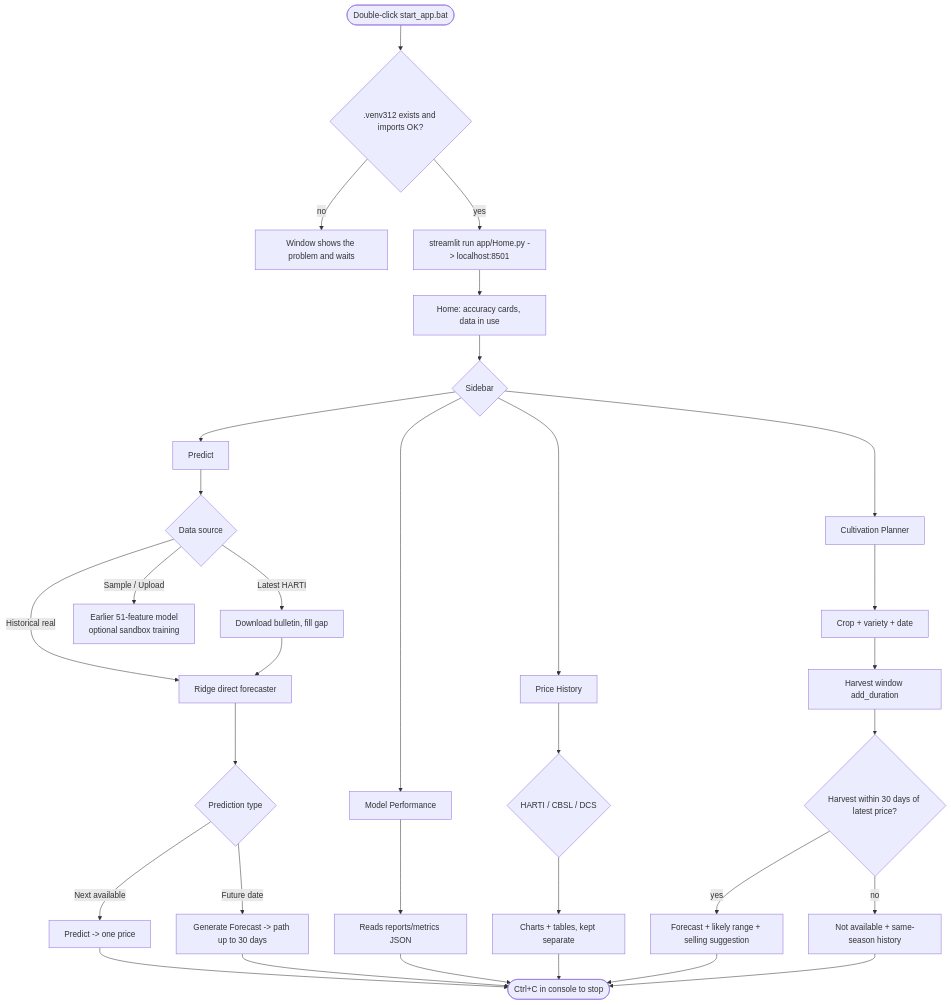
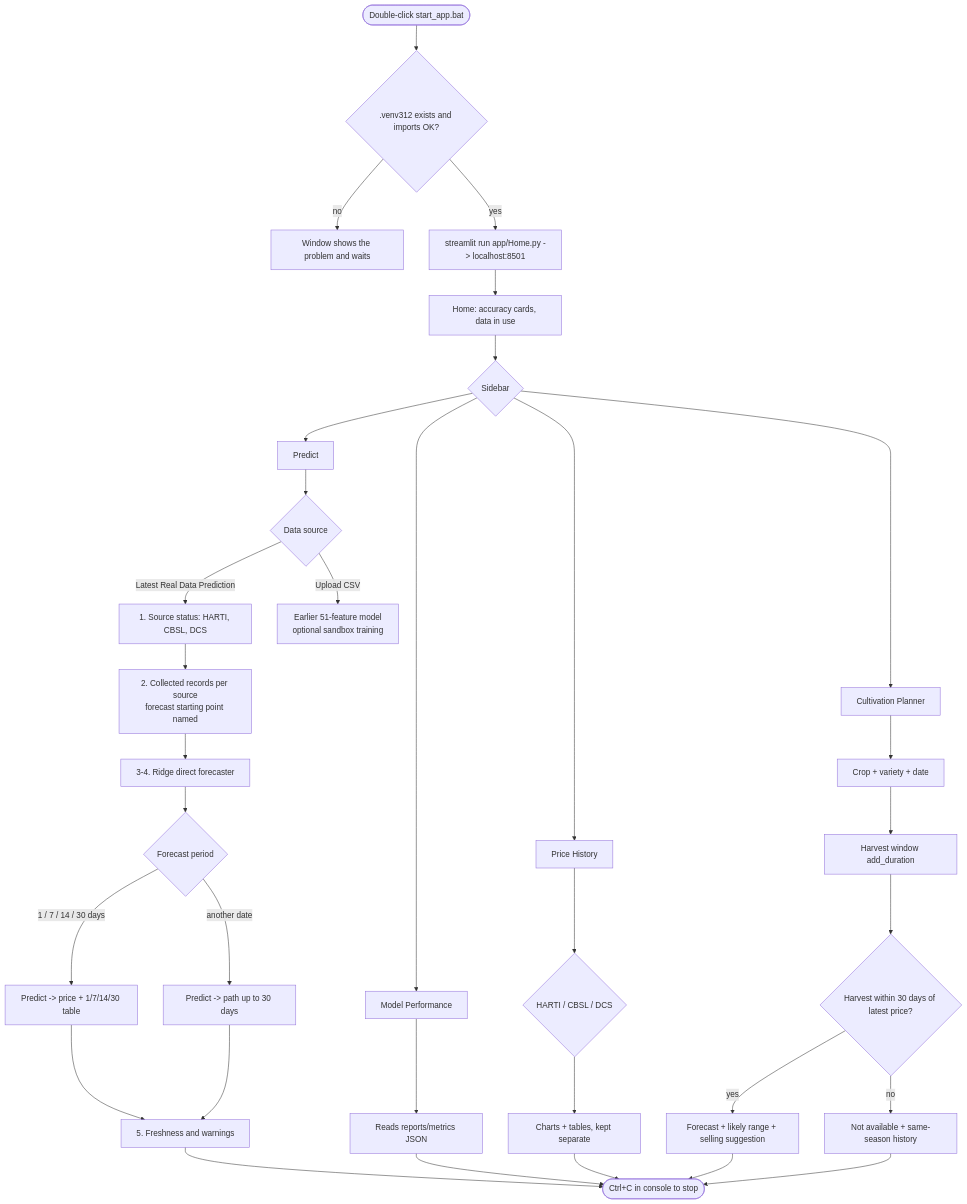
One commit to KaveeshaDeshanG/Sri-lanka-Vegetable-Price-Prediction changed the fifth of 5 diagrams in VIVA_PREPARATION/08_System_Architecture_and_Data_Flow.md. Above: the diagram before and after it, drawn with Mermaid. The commit also changed 57 other files, not shown here.

````diff
--- a/VIVA_PREPARATION/08_System_Architecture_and_Data_Flow.md
+++ b/VIVA_PREPARATION/08_System_Architecture_and_Data_Flow.md
@@ -135,26 +135,28 @@
 ```mermaid
 flowchart TD
     START([Double-click start_app.bat]) --> CHK{.venv312 exists and imports OK?}
     CHK -- no --> ERR[Window shows the problem and waits]
     CHK -- yes --> RUN[streamlit run app/Home.py -> localhost:8501]
     RUN --> HOME[Home: accuracy cards, data in use]
     HOME --> NAV{Sidebar}
     NAV --> PRED[Predict]
     NAV --> PERF[Model Performance]
     NAV --> HIST[Price History]
     NAV --> PLAN[Cultivation Planner]
     PRED --> SRC{Data source}
-    SRC -- Historical real --> DIRECT[Ridge direct forecaster]
-    SRC -- Latest HARTI --> LIVE[Download bulletin, fill gap] --> DIRECT
-    SRC -- Sample / Upload --> EARLY[Earlier 51-feature model<br/>optional sandbox training]
-    DIRECT --> TYPE{Prediction type}
-    TYPE -- Next available --> ONE[Predict -> one price]
-    TYPE -- Future date --> MULTI[Generate Forecast -> path up to 30 days]
+    SRC -- Latest Real Data Prediction --> STATUS[1. Source status: HARTI, CBSL, DCS]
+    STATUS --> RECORDS[2. Collected records per source<br/>forecast starting point named]
+    RECORDS --> DIRECT[3-4. Ridge direct forecaster]
+    SRC -- Upload CSV --> EARLY[Earlier 51-feature model<br/>optional sandbox training]
+    DIRECT --> TYPE{Forecast period}
+    TYPE -- 1 / 7 / 14 / 30 days --> ONE[Predict -> price + 1/7/14/30 table]
+    TYPE -- another date --> MULTI[Predict -> path up to 30 days]
+    ONE & MULTI --> FRESH[5. Freshness and warnings]
     PERF --> READ[Reads reports/metrics JSON]
     HIST --> HSRC{HARTI / CBSL / DCS} --> CHART[Charts + tables, kept separate]
     PLAN --> CROP[Crop + variety + date] --> HARV[Harvest window add_duration]
     HARV --> REACH{Harvest within 30 days of latest price?}
     REACH -- yes --> FPRICE[Forecast + likely range + selling suggestion]
     REACH -- no --> HISTP[Not available + same-season history]
-    ONE & MULTI & READ & CHART & FPRICE & HISTP --> STOP([Ctrl+C in console to stop])
+    FRESH & READ & CHART & FPRICE & HISTP --> STOP([Ctrl+C in console to stop])
 ```
````
